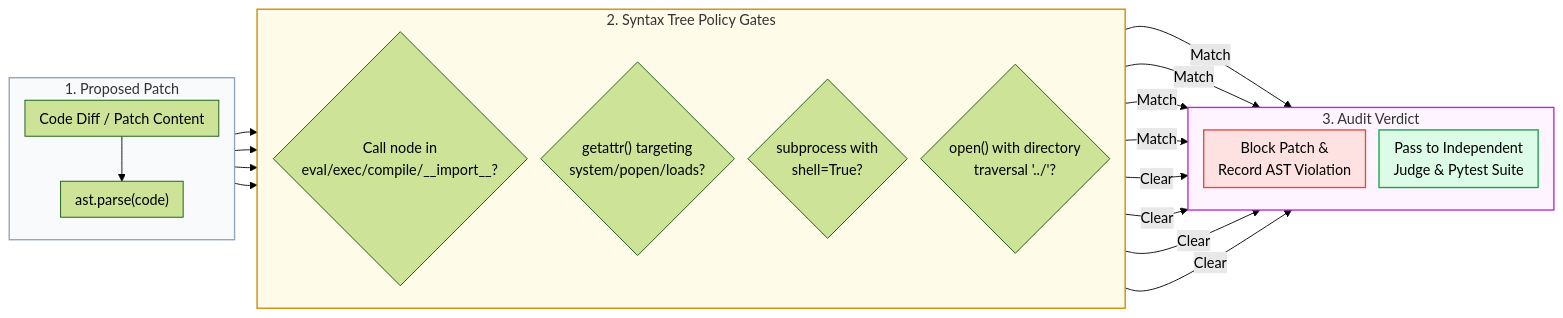
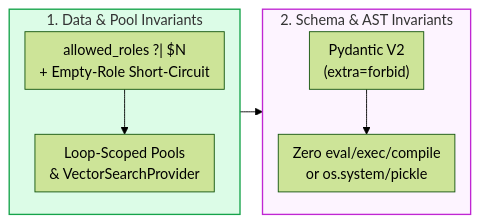
The ninth of 12 diagrams in README.md (Kenono2000/enterprise-rag-pgvector-rbac), drawn with Mermaid (forest theme) before and after one commit. The commit also changed other lines of this file, not shown here.

Commit message:
docs: update README navigation, diagrams, and section numbering

````diff
--- a/README.md
+++ b/README.md
@@ -325,37 +265,15 @@
 ```mermaid
 %%{init: {'flowchart': {'nodeSpacing': 15, 'rankSpacing': 25, 'padding': 8}}}%%
 flowchart LR
-    subgraph PatchInput ["1. Proposed Patch"]
+    subgraph DBInv ["1. Data &amp; Pool Invariants"]
         direction TB
-        Code["Code Diff / Patch Content"] --> Parse["ast.parse(code)"]
+        SQL["allowed_roles ?| $N<br/>+ Empty-Role Short-Circuit"] --> Pool["Loop-Scoped Pools<br/>&amp; VectorSearchProvider"]
     end
-    subgraph ASTChecks ["2. Syntax Tree Policy Gates"]
+    subgraph SecInv ["2. Schema &amp; AST Invariants"]
         direction TB
-        EvalCheck{"Call node in<br/>eval/exec/compile/__import__?"}
-        GetattrCheck{"getattr() targeting<br/>system/popen/loads?"}
-        ShellCheck{"subprocess with<br/>shell=True?"}
-        PathCheck{"open() with directory<br/>traversal '../'?"}
+        Pyd["Pydantic V2<br/>(extra=forbid)"] --> AST["Zero eval/exec/compile<br/>or os.system/pickle"]
     end
-    subgraph Outcomes ["3. Audit Verdict"]
-        direction TB
-        Violate["Block Patch &amp;<br/>Record AST Violation"]
-        PassGate["Pass to Independent<br/>Judge &amp; Pytest Suite"]
-    end
-    Parse --> EvalCheck
-    Parse --> GetattrCheck
-    Parse --> ShellCheck
-    Parse --> PathCheck
-    EvalCheck -->|"Match"| Violate
-    GetattrCheck -->|"Match"| Violate
-    ShellCheck -->|"Match"| Violate
-    PathCheck -->|"Match"| Violate
-    EvalCheck -->|"Clear"| PassGate
-    GetattrCheck -->|"Clear"| PassGate
-    ShellCheck -->|"Clear"| PassGate
-    PathCheck -->|"Clear"| PassGate
-    style PatchInput fill:#f8fafc,stroke:#94a3b8,stroke-width:1.5px
-    style ASTChecks fill:#fefce8,stroke:#ca8a04,stroke-width:1.5px
-    style Outcomes fill:#fdf4ff,stroke:#c026d3,stroke-width:1.5px
-    style Violate fill:#fee2e2,stroke:#ef4444,stroke-width:1.5px
-    style PassGate fill:#dcfce7,stroke:#16a34a,stroke-width:1.5px
+    DBInv --> SecInv
+    style DBInv fill:#dcfce7,stroke:#16a34a,stroke-width:1.5px
+    style SecInv fill:#fdf4ff,stroke:#c026d3,stroke-width:1.5px
 ```
````
